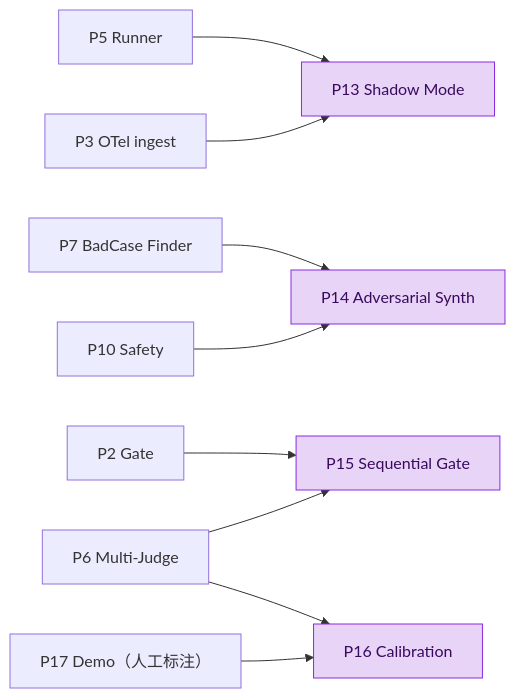
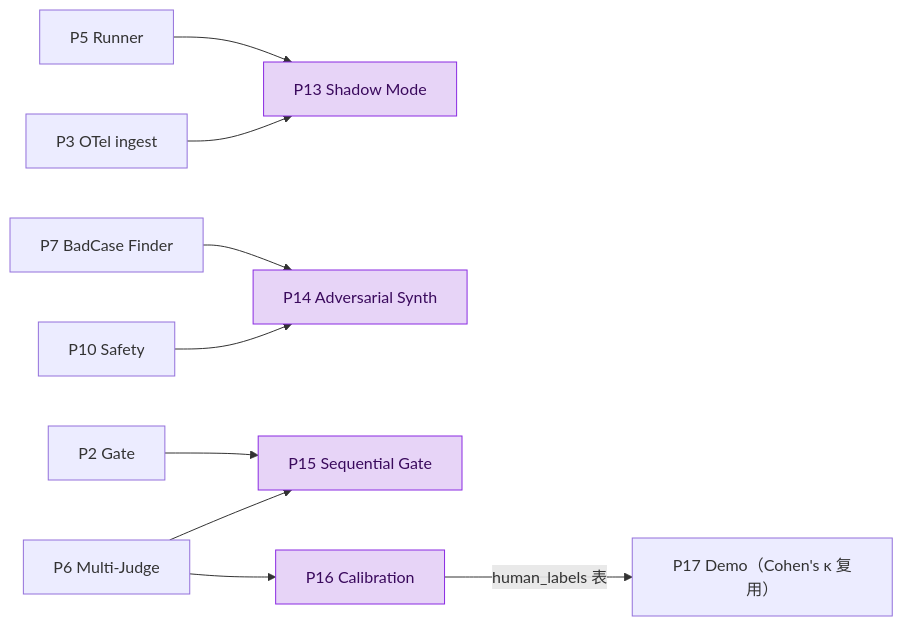
The second of 2 diagrams in docs/ROADMAP.md (AndyUneducated/eval-gate), drawn with Mermaid before and after one commit. The commit also changed other lines of this file and 11 other files, not shown here.

````diff
--- a/docs/ROADMAP.md
+++ b/docs/ROADMAP.md
@@ -241,14 +250,14 @@
 ```mermaid
 flowchart LR
     P5["P5 Runner"] --> P13["P13 Shadow Mode"]
     P3["P3 OTel ingest"] --> P13
     P7["P7 BadCase Finder"] --> P14["P14 Adversarial Synth"]
     P10["P10 Safety"] --> P14
     P2["P2 Gate"] --> P15["P15 Sequential Gate"]
     P6["P6 Multi-Judge"] --> P15
     P6 --> P16["P16 Calibration"]
-    P17["P17 Demo（人工标注）"] --> P16
+    P16 -->|human_labels 表| P17["P17 Demo（Cohen's κ 复用）"]
 
     classDef hl fill:#e7d4f7,stroke:#8a2be2,color:#3a0a5d;
     class P13,P14,P15,P16 hl;
 ```
````
